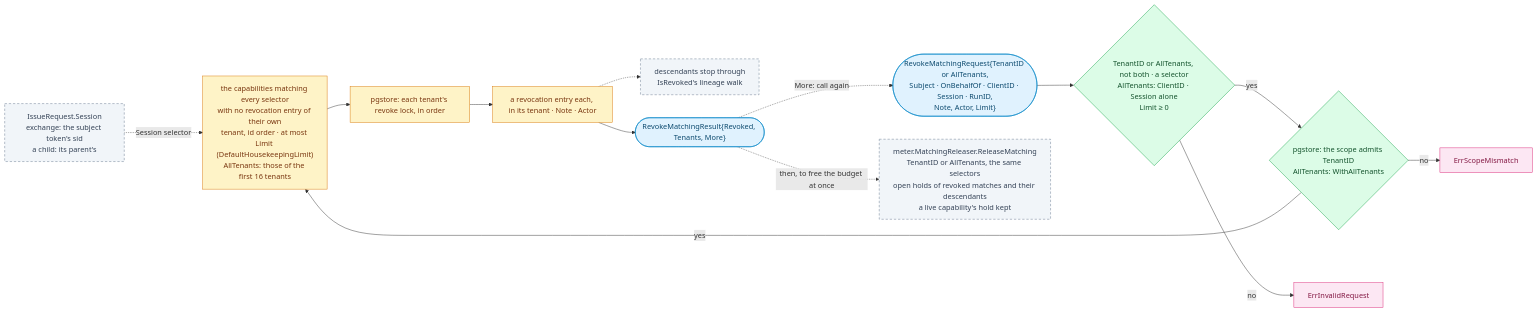
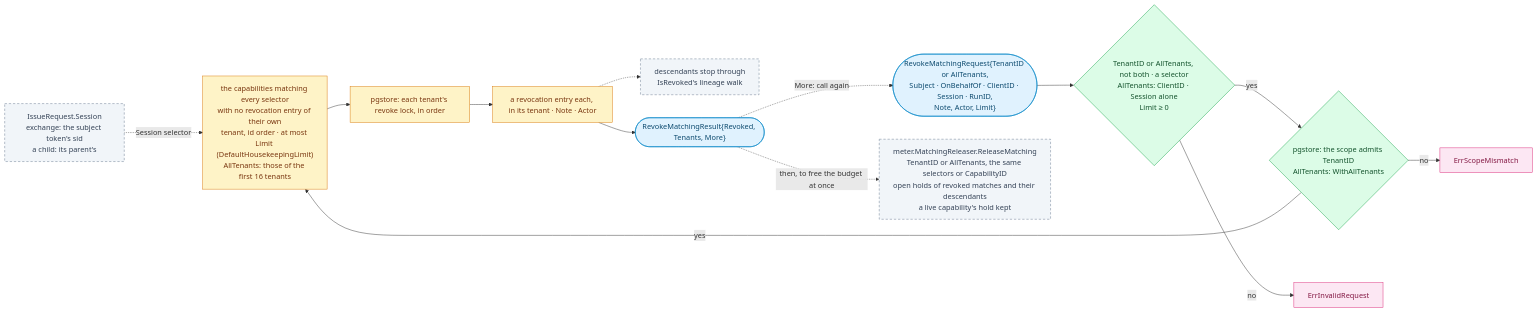
Diagram 13 of 16 in docs/diagrams.md (oleg-tkachuk/limes), drawn with Mermaid before and after one commit. The commit also changed 9 other files, not shown here.

First line of the commit message:
feat(meter): release the holds of one revoked capability

````diff
--- a/docs/diagrams.md
+++ b/docs/diagrams.md
@@ -1046,34 +1046,34 @@
 ```mermaid
 flowchart LR
     sess["IssueRequest.Session<br/>exchange: the subject token's sid<br/>a child: its parent's"]
     req(["RevokeMatchingRequest{TenantID or AllTenants,<br/>Subject · OnBehalfOf · ClientID · Session · RunID,<br/>Note, Actor, Limit}"])
     val{"TenantID or AllTenants, not both · a selector<br/>AllTenants: ClientID · Session alone<br/>Limit ≥ 0"}
     scope{"pgstore: the scope admits TenantID<br/>AllTenants: WithAllTenants"}
     sel["the capabilities matching every selector<br/>with no revocation entry of their own<br/>tenant, id order · at most Limit (DefaultHousekeepingLimit)<br/>AllTenants: those of the first 16 tenants"]
     lock["pgstore: each tenant's revoke lock, in order"]
     write["a revocation entry each, in its tenant · Note · Actor"]
     desc["descendants stop through<br/>IsRevoked's lineage walk"]
     res(["RevokeMatchingResult{Revoked, Tenants, More}"])
     inval["ErrInvalidRequest"]
     mism["ErrScopeMismatch"]
-    release["meter.MatchingReleaser.ReleaseMatching<br/>TenantID or AllTenants, the same selectors<br/>open holds of revoked matches and their descendants<br/>a live capability's hold kept"]
+    release["meter.MatchingReleaser.ReleaseMatching<br/>TenantID or AllTenants, the same selectors or CapabilityID<br/>open holds of revoked matches and their descendants<br/>a live capability's hold kept"]
 
     req --> val -- yes --> scope -- yes --> sel --> lock --> write --> res
     res -. "then, to free the budget at once" .-> release
     sess -. "Session selector" .-> sel
     write -.-> desc
     res -. "More: call again" .-> req
     val -- no --> inval
     scope -- no --> mism
 
     classDef client fill:#E0F2FE,stroke:#0284C7,color:#0C4A6E
     classDef role fill:#DCFCE7,stroke:#16A34A,color:#14532D
     classDef optional fill:#F1F5F9,stroke:#64748B,color:#334155,stroke-dasharray:5 4
     classDef store fill:#FEF3C7,stroke:#D97706,color:#78350F
     classDef external fill:#FCE7F3,stroke:#DB2777,color:#831843
     class req,res client
     class val,scope role
     class sess,desc,release optional
     class sel,lock,write store
     class inval,mism external
 ```
````
